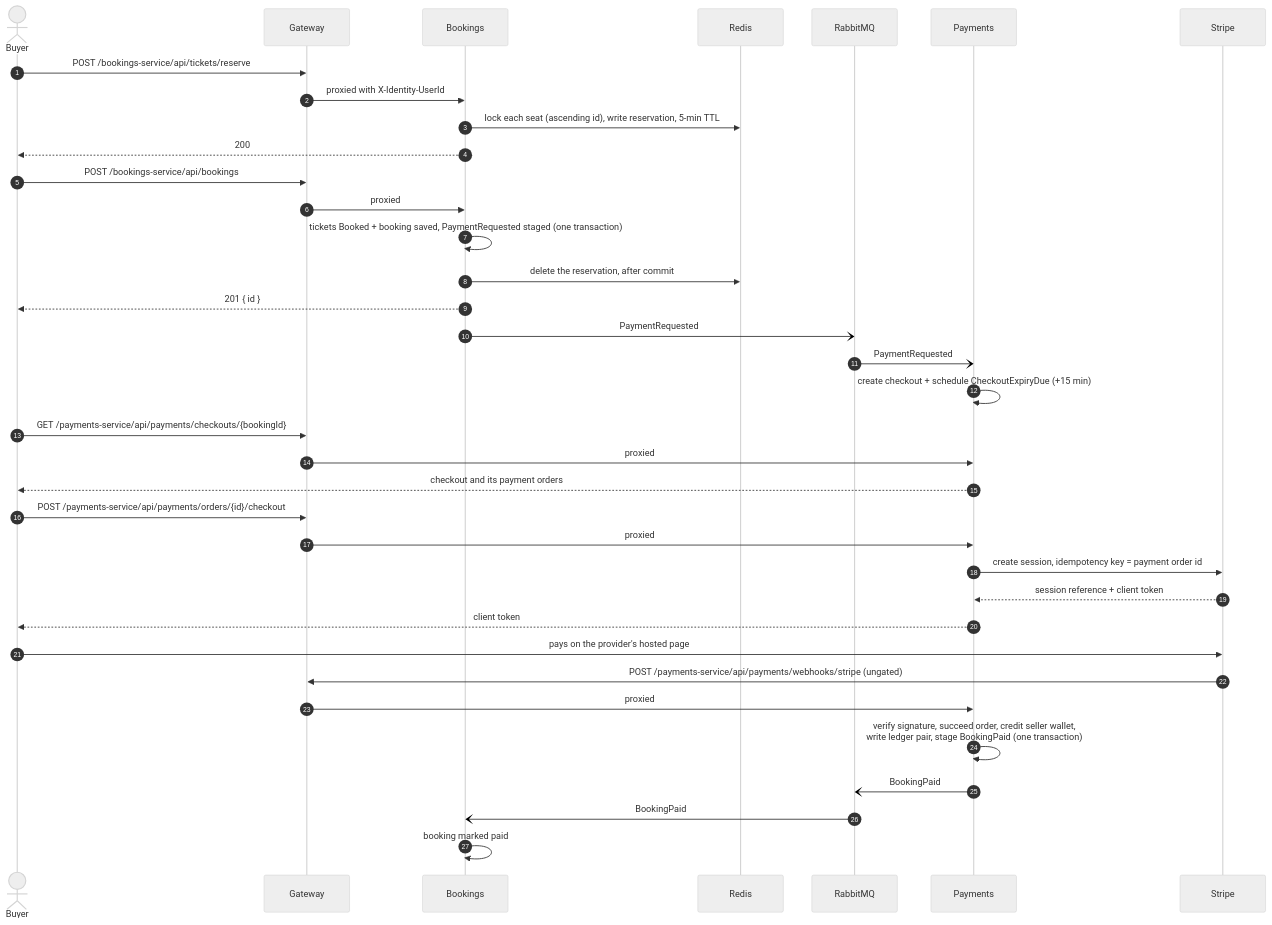
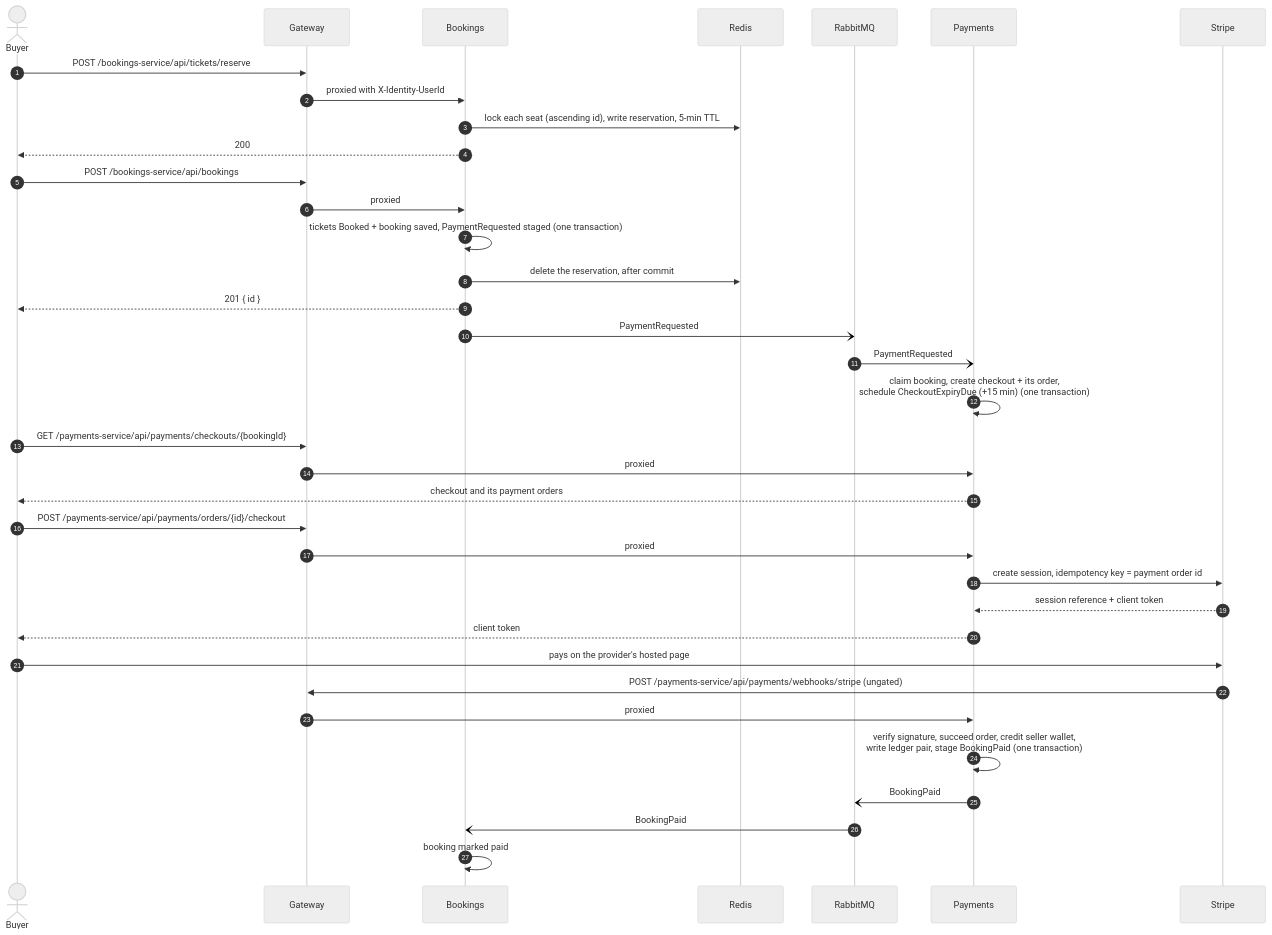
The third of 3 diagrams in README.md (akmgr5544/TicketMaster), drawn with Mermaid (neutral theme) before and after one commit. The commit also changed other lines of this file and 50 other files, not shown here.

````diff
--- a/README.md
+++ b/README.md
@@ -105,42 +105,42 @@
 ```mermaid
 sequenceDiagram
     autonumber
     actor Buyer
     participant GW as Gateway
     participant BK as Bookings
     participant RD as Redis
     participant MQ as RabbitMQ
     participant PY as Payments
     participant PSP as Stripe
 
     Buyer->>GW: POST /bookings-service/api/tickets/reserve
     GW->>BK: proxied with X-Identity-UserId
     BK->>RD: lock each seat (ascending id), write reservation, 5-min TTL
     BK-->>Buyer: 200
 
     Buyer->>GW: POST /bookings-service/api/bookings
     GW->>BK: proxied
     BK->>BK: tickets Booked + booking saved, PaymentRequested staged (one transaction)
     BK->>RD: delete the reservation, after commit
     BK-->>Buyer: 201 { id }
     BK-)MQ: PaymentRequested
     MQ-)PY: PaymentRequested
-    PY->>PY: create checkout + schedule CheckoutExpiryDue (+15 min)
+    PY->>PY: claim booking, create checkout + its order,<br/>schedule CheckoutExpiryDue (+15 min) (one transaction)
 
     Buyer->>GW: GET /payments-service/api/payments/checkouts/{bookingId}
     GW->>PY: proxied
     PY-->>Buyer: checkout and its payment orders
     Buyer->>GW: POST /payments-service/api/payments/orders/{id}/checkout
     GW->>PY: proxied
     PY->>PSP: create session, idempotency key = payment order id
     PSP-->>PY: session reference + client token
     PY-->>Buyer: client token
     Buyer->>PSP: pays on the provider's hosted page
 
     PSP->>GW: POST /payments-service/api/payments/webhooks/stripe (ungated)
     GW->>PY: proxied
     PY->>PY: verify signature, succeed order, credit seller wallet,<br/>write ledger pair, stage BookingPaid (one transaction)
     PY-)MQ: BookingPaid
     MQ-)BK: BookingPaid
     BK->>BK: booking marked paid
 ```
````
